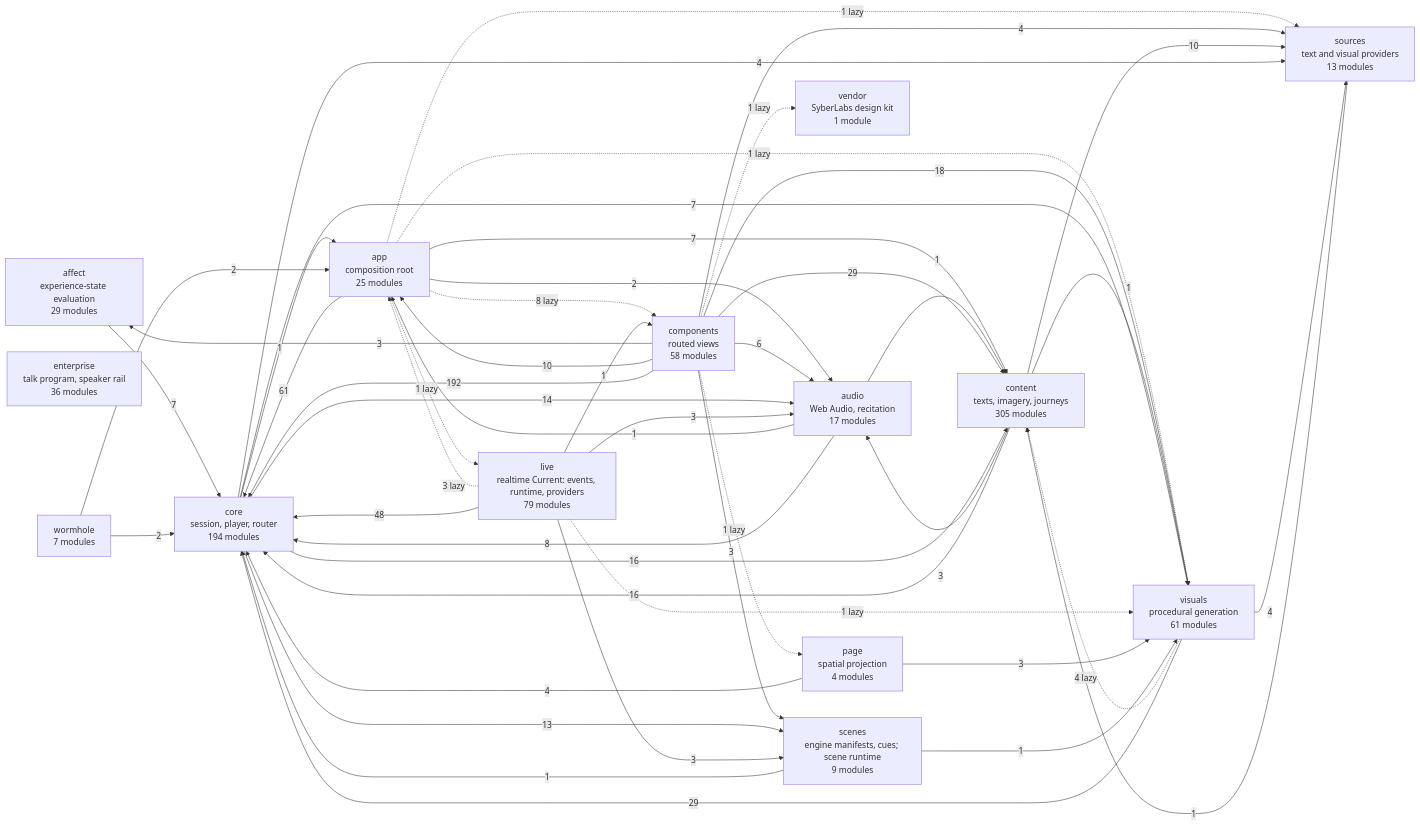
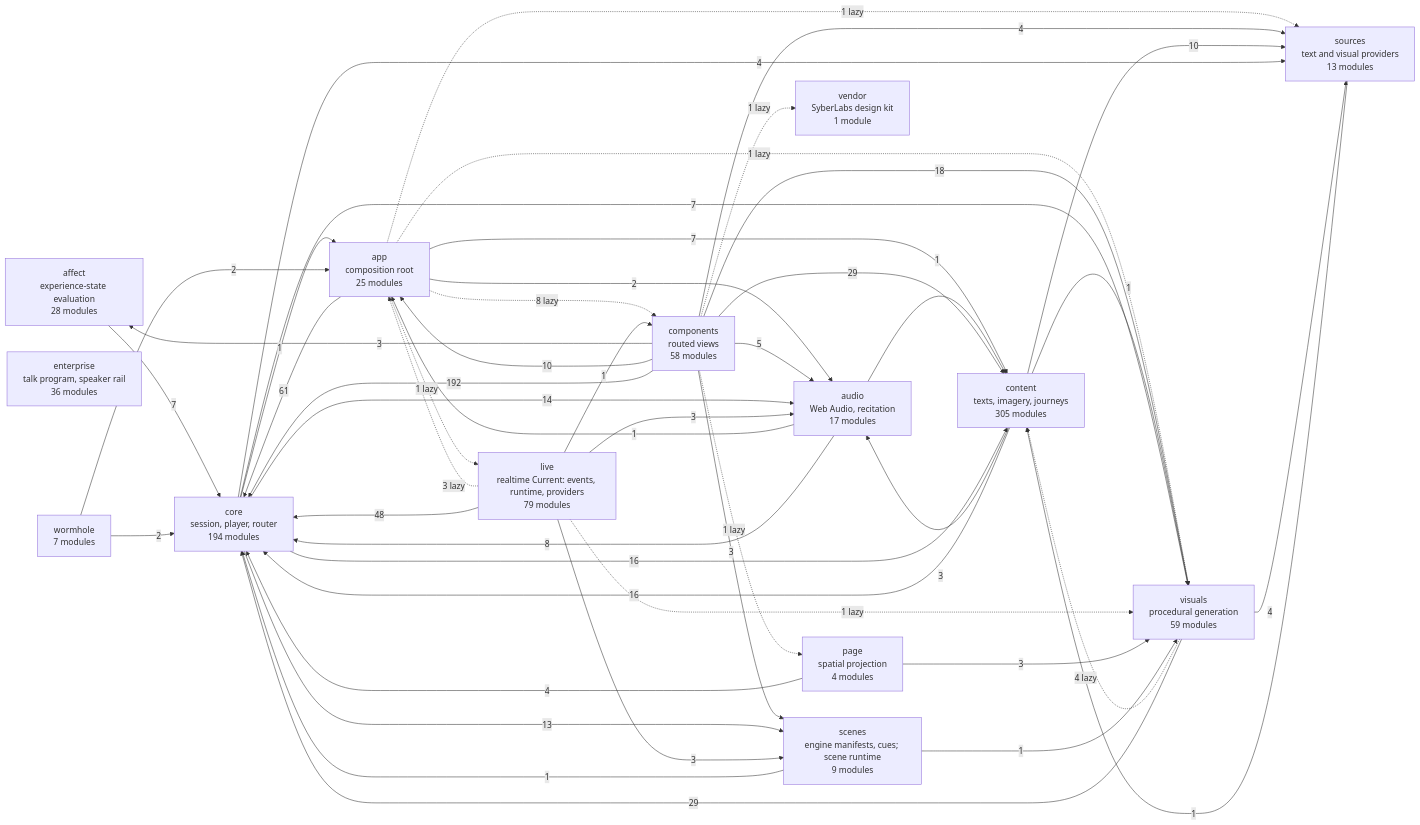
The diagram in docs/specs/ARCHITECTURE.md (SyberLabs/RISE), drawn with Mermaid before and after one commit. The commit also changed 186 other files, not shown here.

````diff
--- a/docs/specs/ARCHITECTURE.md
+++ b/docs/specs/ARCHITECTURE.md
@@ -161,65 +161,65 @@
 ```mermaid
 flowchart LR
-    affect["affect<br/>experience-state evaluation<br/>29 modules"]
+    affect["affect<br/>experience-state evaluation<br/>28 modules"]
     app["app<br/>composition root<br/>25 modules"]
     audio["audio<br/>Web Audio, recitation<br/>17 modules"]
     components["components<br/>routed views<br/>58 modules"]
     content["content<br/>texts, imagery, journeys<br/>305 modules"]
     core["core<br/>session, player, router<br/>194 modules"]
     enterprise["enterprise<br/>talk program, speaker rail<br/>36 modules"]
     live["live<br/>realtime Current: events, runtime, providers<br/>79 modules"]
     page["page<br/>spatial projection<br/>4 modules"]
     scenes["scenes<br/>engine manifests, cues; scene runtime<br/>9 modules"]
     sources["sources<br/>text and visual providers<br/>13 modules"]
     vendor["vendor<br/>SyberLabs design kit<br/>1 module"]
-    visuals["visuals<br/>procedural generation<br/>61 modules"]
+    visuals["visuals<br/>procedural generation<br/>59 modules"]
     wormhole["wormhole<br/>7 modules"]
 
     affect --> |7| core
     app --> |2| audio
     app -.-> |8 lazy| components
     app --> |7| content
     app --> |61| core
     app -.-> |1 lazy| live
     app -.-> |1 lazy| sources
     app -.-> |1 lazy| visuals
     audio --> |1| app
     audio --> |1| content
     audio --> |8| core
     components --> |3| affect
     components --> |10| app
-    components --> |6| audio
+    components --> |5| audio
     components --> |29| content
     components --> |192| core
     components -.-> |1 lazy| page
     components --> |3| scenes
     components --> |4| sources
     components -.-> |1 lazy| vendor
     components --> |18| visuals
     content --> |3| audio
     content --> |16| core
     content --> |10| sources
     content --> |1| visuals
     core --> |1| app
     core --> |14| audio
     core --> |16| content
     core --> |13| scenes
     core --> |4| sources
     core --> |7| visuals
     live -.-> |3 lazy| app
     live --> |3| audio
     live --> |1| components
     live --> |48| core
     live --> |3| scenes
     live -.-> |1 lazy| visuals
     page --> |4| core
     page --> |3| visuals
     scenes --> |1| core
     scenes --> |1| visuals
     sources --> |1| content
     visuals -.-> |4 lazy| content
     visuals --> |29| core
     visuals --> |4| sources
     wormhole --> |2| app
     wormhole --> |2| core
 ```
````
